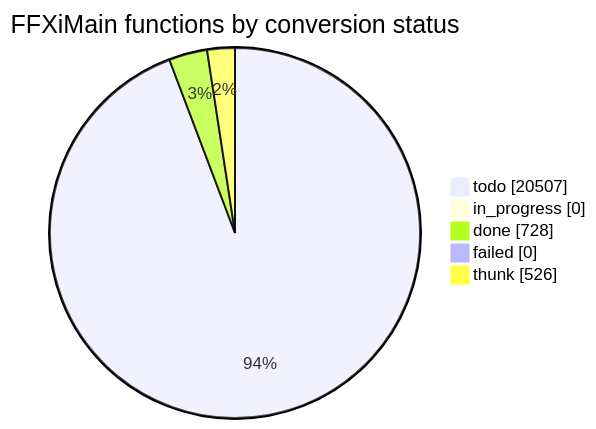
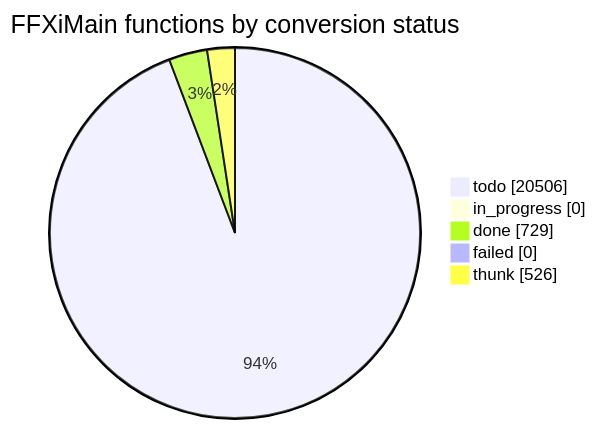
The diagram in docs/cow/STATUS.md (cowrevenge/cow_kuluu_xi_anything), drawn with Mermaid before and after one commit. The commit also changed other lines of this file and 9 other files, not shown here.

````diff
--- a/docs/cow/STATUS.md
+++ b/docs/cow/STATUS.md
@@ -18,9 +18,9 @@
 ```mermaid
 pie showData
     title FFXiMain functions by conversion status
-    "todo" : 20507
+    "todo" : 20506
     "in_progress" : 0
-    "done" : 728
+    "done" : 729
     "failed" : 0
     "thunk" : 526
 ```
````
